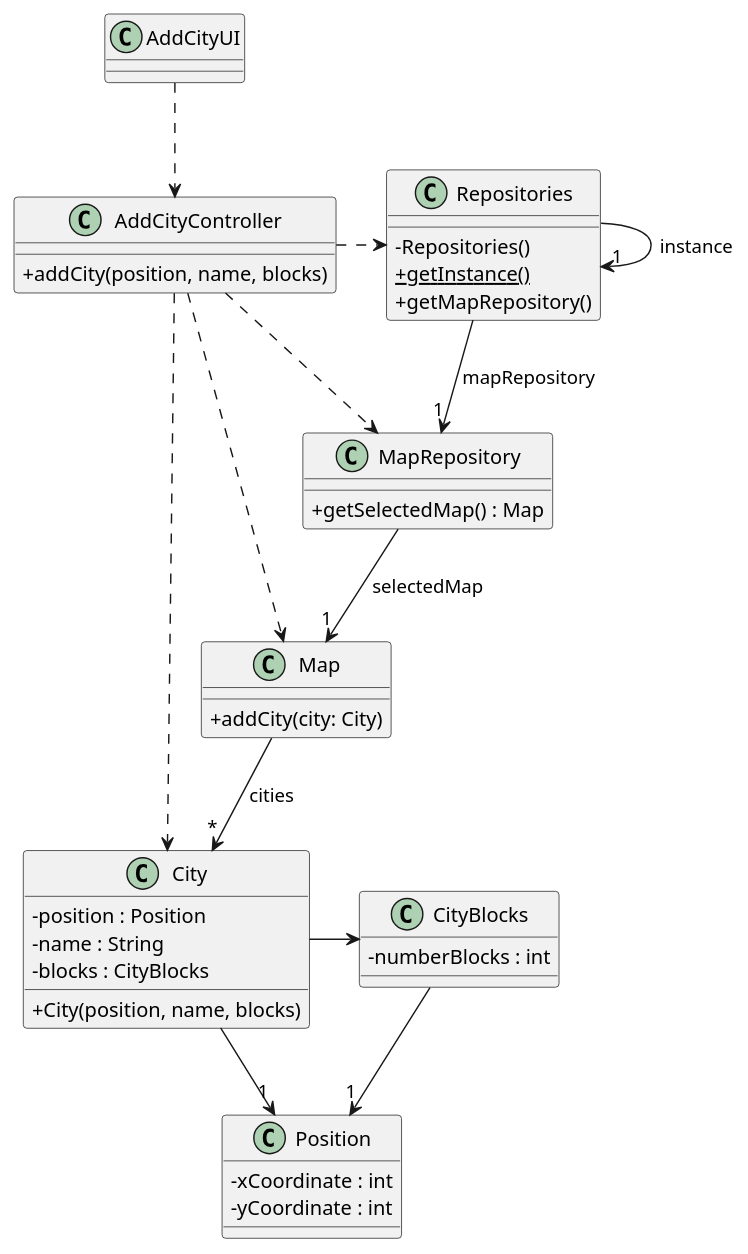
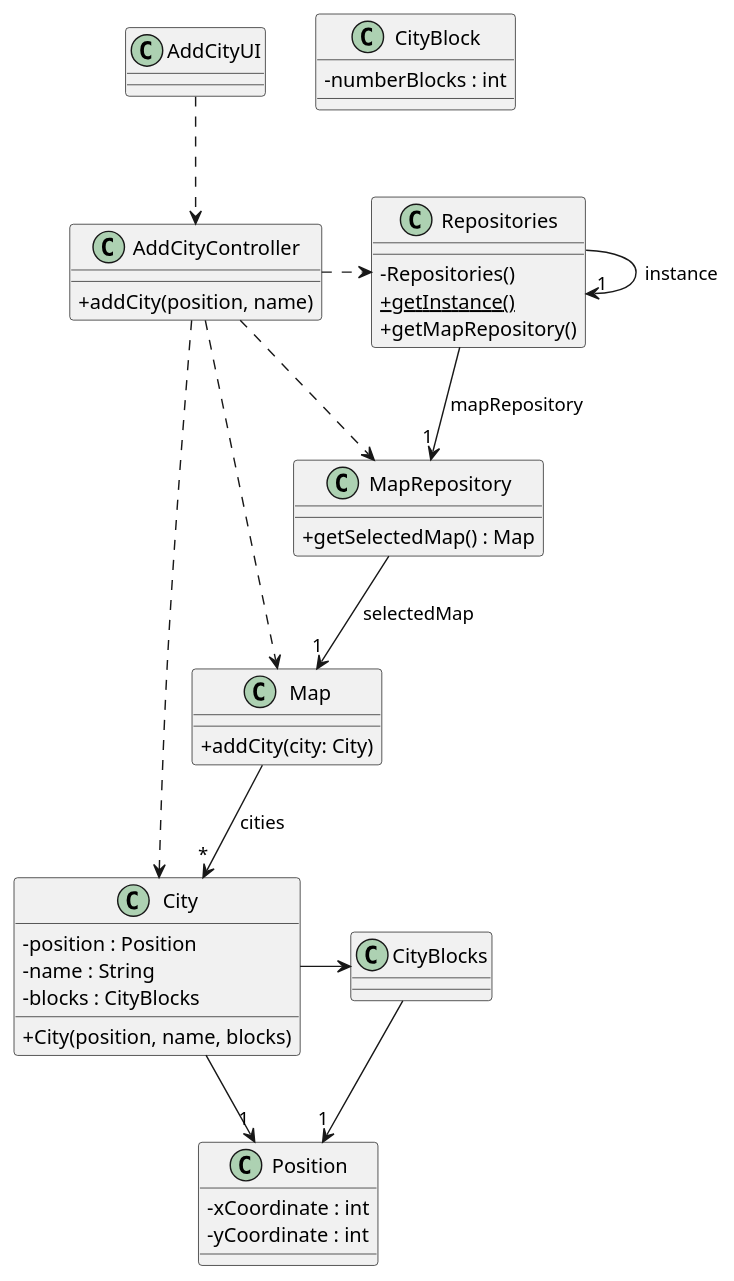
Before and after one commit to 1240935/pi2-railway-simulator: the diagram in Sprint2/US003/03.design/puml/US003-CD.puml, drawn with PlantUML. The commit also changed 38 other files, not shown here.

```diff
--- a/Sprint2/US003/03.design/puml/US003-CD.puml
+++ b/Sprint2/US003/03.design/puml/US003-CD.puml
@@ -1,55 +1,55 @@
 @startuml
 skinparam classAttributeIconSize 0
 
 class AddCityUI {
 
 }
 
 class AddCityController {
-  +addCity(position, name, blocks)
+  +addCity(position, name)
 }
 
 class MapRepository {
   +getSelectedMap() : Map
 }
 
 class Repositories {
     - Repositories()
     + {static} getInstance()
     + getMapRepository()
 }
 
 class Map {
   +addCity(city: City)
 }
 
 class City {
   - position : Position
   - name : String
   - blocks : CityBlocks
   + City(position, name, blocks)
 }
 
 class Position {
  - xCoordinate : int
  - yCoordinate : int
 }
 
-class CityBlocks{
+class CityBlock{
  - numberBlocks : int
 }
 
 AddCityUI ..> AddCityController
 AddCityController .> Repositories
 AddCityController ..> MapRepository
 AddCityController ..> City
 AddCityController ..> Map
 MapRepository --> "1" Map : selectedMap
 Map --> "*" City : cities
 Repositories --> "1" MapRepository : mapRepository
 Repositories -> "1" Repositories : instance
 City -> "1" Position
 City -> CityBlocks
 CityBlocks --> "1" Position
 
 @enduml
```
